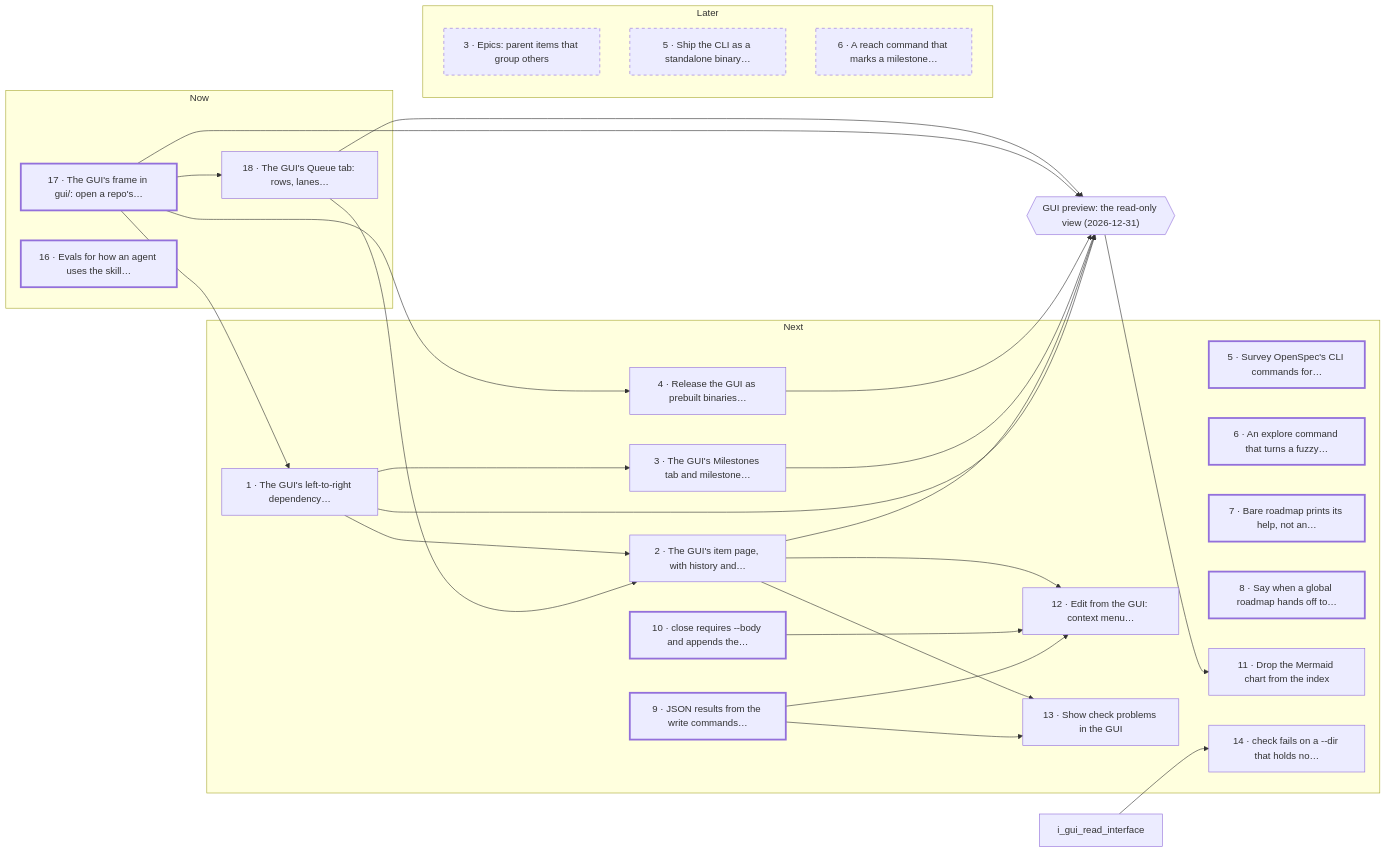
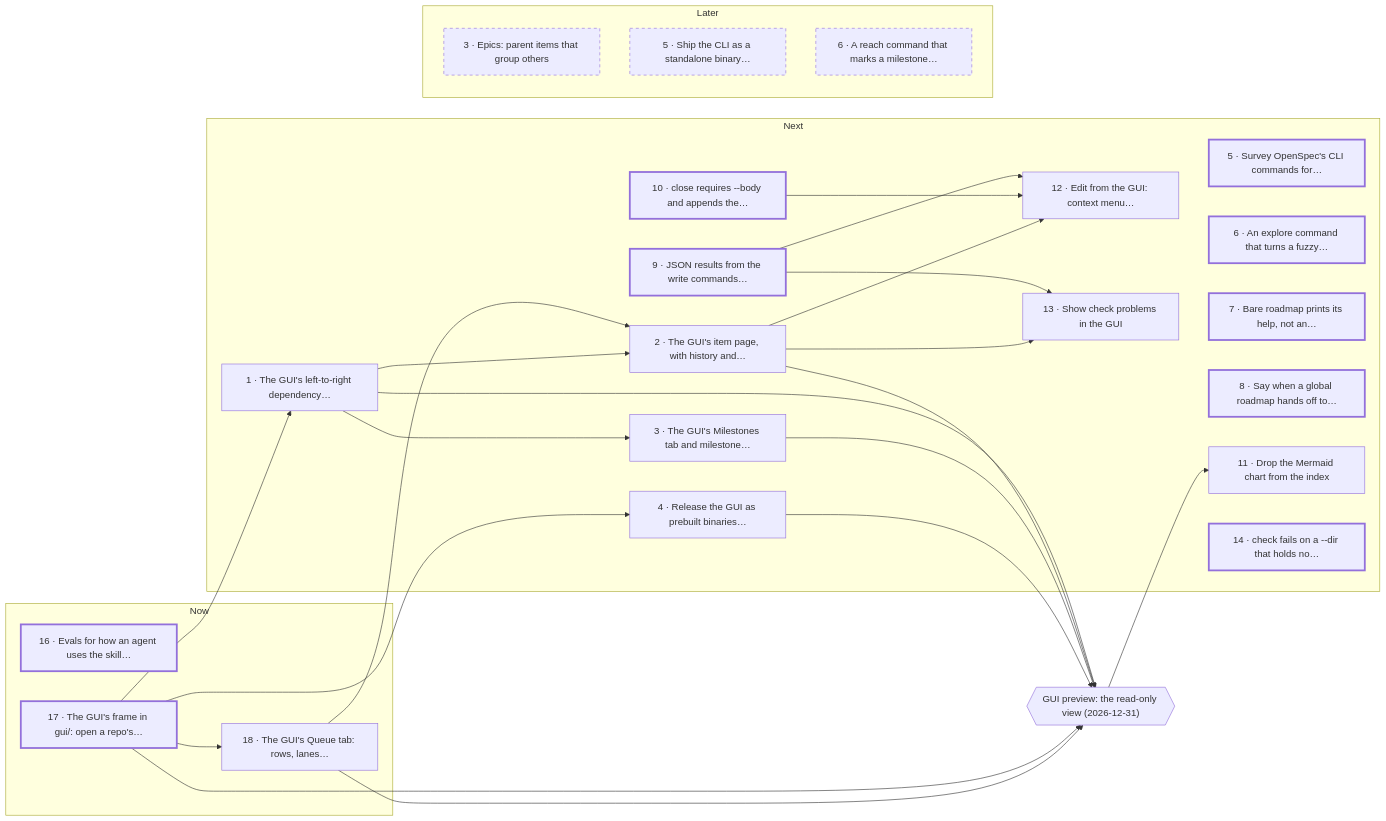
The diagram in roadmap/README.md (carby/simple-agentic-roadmap-skill), drawn with Mermaid before and after one commit. The commit also changed other lines of this file and 1 other file, not shown here.

Commit message:
docs(roadmap): point check-missing-dir at the archived gui-read-interface
Closing gui-read-interface in #43 retargeted links only in the items that
branch had, so this one, filed on master meanwhile, kept the old path.

````diff
--- a/roadmap/README.md
+++ b/roadmap/README.md
@@ -42,54 +42,53 @@
 ```mermaid
 flowchart LR
   subgraph b_now ["Now"]
     i_agent_behaviour_evals["16 · Evals for how an agent uses the skill…"]
     i_gui_scaffold["17 · The GUI's frame in gui/: open a repo's…"]
     i_gui_queue["18 · The GUI's Queue tab: rows, lanes…"]
   end
   subgraph b_next ["Next"]
     i_gui_dependency_graph["1 · The GUI's left-to-right dependency…"]
     i_gui_item_page["2 · The GUI's item page, with history and…"]
     i_gui_milestones["3 · The GUI's Milestones tab and milestone…"]
     i_gui_release["4 · Release the GUI as prebuilt binaries…"]
     i_openspec_command_parity["5 · Survey OpenSpec's CLI commands for…"]
     i_explore_command["6 · An explore command that turns a fuzzy…"]
     i_help_without_command["7 · Bare roadmap prints its help, not an…"]
     i_handoff_override["8 · Say when a global roadmap hands off to…"]
     i_json_write_results["9 · JSON results from the write commands…"]
     i_close_body["10 · close requires --body and appends the…"]
     i_drop_mermaid["11 · Drop the Mermaid chart from the index"]
     i_gui_editing["12 · Edit from the GUI: context menu…"]
     i_gui_check_panel["13 · Show check problems in the GUI"]
     i_check_missing_dir["14 · check fails on a --dir that holds no…"]
   end
   subgraph b_later ["Later"]
     i_epics["3 · Epics: parent items that group others"]
     i_standalone_binary["5 · Ship the CLI as a standalone binary…"]
     i_reach_command["6 · A reach command that marks a milestone…"]
   end
   b_now ~~~ b_next ~~~ b_later
   i_gui_scaffold --> i_gui_queue
   i_gui_scaffold --> i_gui_dependency_graph
   i_gui_queue --> i_gui_item_page
   i_gui_dependency_graph --> i_gui_item_page
   i_gui_dependency_graph --> i_gui_milestones
   i_gui_scaffold --> i_gui_release
   i_json_write_results --> i_gui_editing
   i_close_body --> i_gui_editing
   i_gui_item_page --> i_gui_editing
   i_json_write_results --> i_gui_check_panel
   i_gui_item_page --> i_gui_check_panel
-  i_gui_read_interface --> i_check_missing_dir
   m_gui_preview{{"GUI preview: the read-only view (2026-12-31)"}}
   i_gui_scaffold --> m_gui_preview
   i_gui_queue --> m_gui_preview
   i_gui_dependency_graph --> m_gui_preview
   i_gui_item_page --> m_gui_preview
   i_gui_milestones --> m_gui_preview
   i_gui_release --> m_gui_preview
   m_gui_preview --> i_drop_mermaid
   classDef ready stroke-width: 3px
-  class i_agent_behaviour_evals,i_gui_scaffold,i_openspec_command_parity,i_explore_command,i_help_without_command,i_handoff_override,i_json_write_results,i_close_body ready
+  class i_agent_behaviour_evals,i_gui_scaffold,i_openspec_command_parity,i_explore_command,i_help_without_command,i_handoff_override,i_json_write_results,i_close_body,i_check_missing_dir ready
   classDef later stroke-dasharray: 5 5
   class i_epics,i_standalone_binary,i_reach_command later
 ```
````
